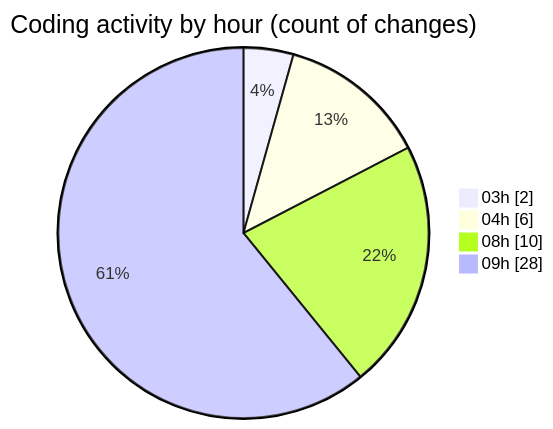
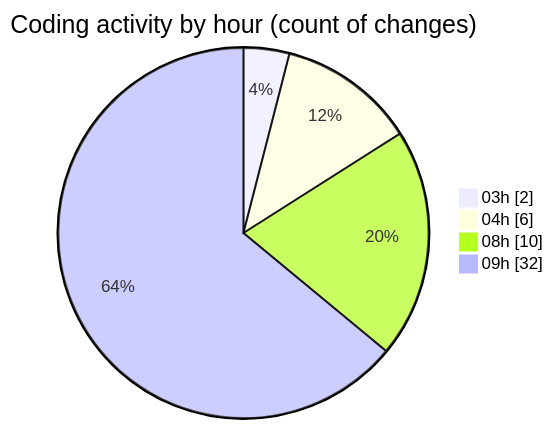
Before and after one commit to tmsrecording-cyber/code-tracking: the second of 2 diagrams in 2026-02-07/singularitybrainai/README.md, drawn with Mermaid. The commit also changed other lines of this file and 1 other file, not shown here.

````diff
--- a/2026-02-07/singularitybrainai/README.md
+++ b/2026-02-07/singularitybrainai/README.md
@@ -48,8 +48,8 @@
 ```mermaid
 pie showData
 title Coding activity by hour (count of changes)
 "03h" : 2
 "04h" : 6
 "08h" : 10
-"09h" : 28
+"09h" : 32
 ```
````
